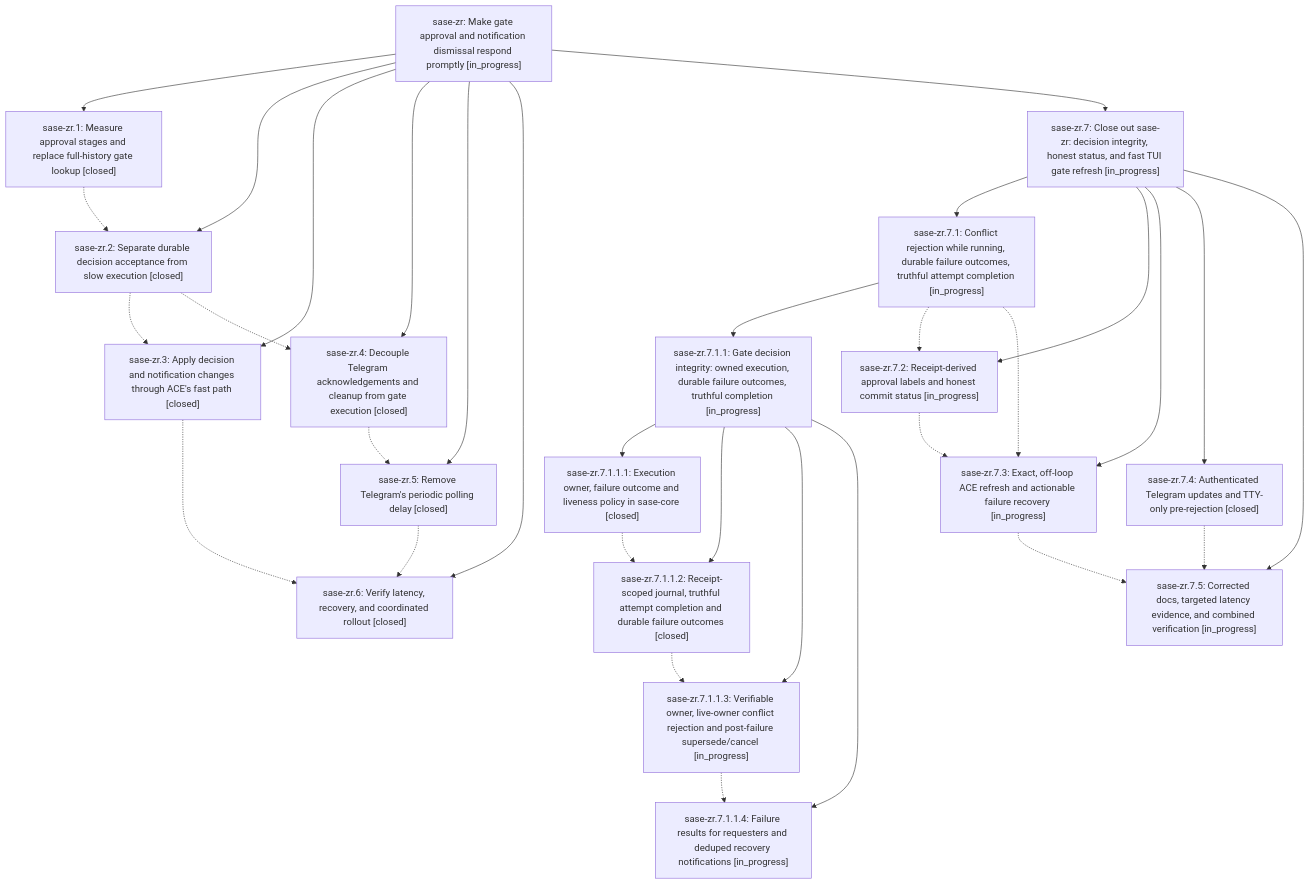
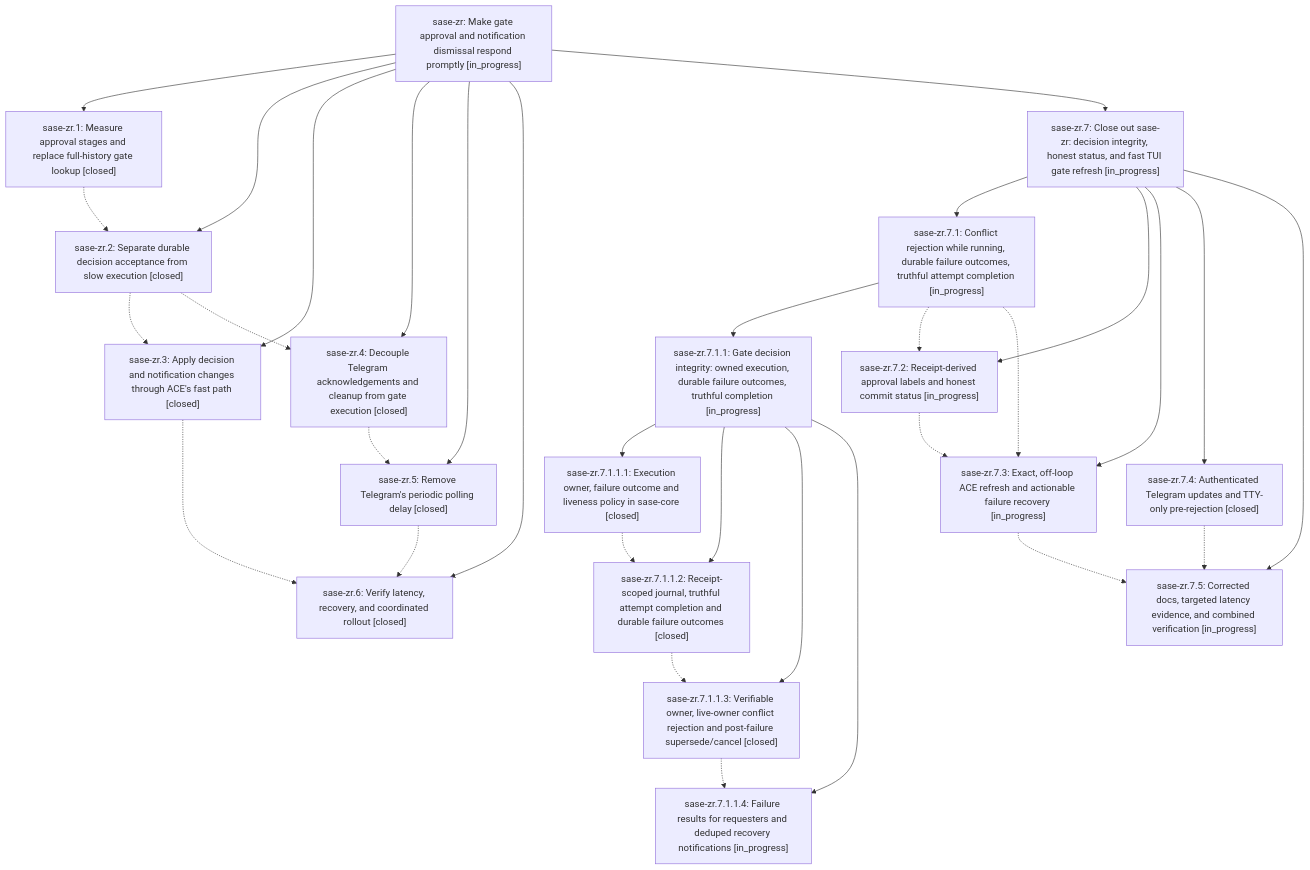
One commit to sase-org/sase--beads changed the diagram in pages/sase-zr/README.md. Above: the diagram before and after it, drawn with Mermaid. The commit also changed other lines of this file and 3 other files, not shown here.

````diff
--- a/pages/sase-zr/README.md
+++ b/pages/sase-zr/README.md
@@ -92,52 +92,52 @@
 ```mermaid
 flowchart TD
     n0["sase-zr: Make gate approval and notification dismissal respond promptly [in_progress]"]
     n1["sase-zr.1: Measure approval stages and replace full-history gate lookup [closed]"]
     n2["sase-zr.2: Separate durable decision acceptance from slow execution [closed]"]
     n3["sase-zr.3: Apply decision and notification changes through ACE's fast path [closed]"]
     n4["sase-zr.4: Decouple Telegram acknowledgements and cleanup from gate execution [closed]"]
     n5["sase-zr.5: Remove Telegram's periodic polling delay [closed]"]
     n6["sase-zr.6: Verify latency, recovery, and coordinated rollout [closed]"]
     n7["sase-zr.7: Close out sase-zr: decision integrity, honest status, and fast TUI gate refresh [in_progress]"]
     n8["sase-zr.7.1: Conflict rejection while running, durable failure outcomes, truthful attempt completion [in_progress]"]
     n9["sase-zr.7.1.1: Gate decision integrity: owned execution, durable failure outcomes, truthful completion [in_progress]"]
     n10["sase-zr.7.1.1.1: Execution owner, failure outcome and liveness policy in sase-core [closed]"]
     n11["sase-zr.7.1.1.2: Receipt-scoped journal, truthful attempt completion and durable failure outcomes [closed]"]
-    n12["sase-zr.7.1.1.3: Verifiable owner, live-owner conflict rejection and post-failure supersede/cancel [in_progress]"]
+    n12["sase-zr.7.1.1.3: Verifiable owner, live-owner conflict rejection and post-failure supersede/cancel [closed]"]
     n13["sase-zr.7.1.1.4: Failure results for requesters and deduped recovery notifications [in_progress]"]
     n14["sase-zr.7.2: Receipt-derived approval labels and honest commit status [in_progress]"]
     n15["sase-zr.7.3: Exact, off-loop ACE refresh and actionable failure recovery [in_progress]"]
     n16["sase-zr.7.4: Authenticated Telegram updates and TTY-only pre-rejection [closed]"]
     n17["sase-zr.7.5: Corrected docs, targeted latency evidence, and combined verification [in_progress]"]
     n0 --> n1
     n0 --> n2
     n0 --> n3
     n0 --> n4
     n0 --> n5
     n0 --> n6
     n0 --> n7
     n7 --> n8
     n8 --> n9
     n9 --> n10
     n9 --> n11
     n9 --> n12
     n9 --> n13
     n7 --> n14
     n7 --> n15
     n7 --> n16
     n7 --> n17
     n1 -.-> n2
     n2 -.-> n3
     n2 -.-> n4
     n3 -.-> n6
     n4 -.-> n5
     n5 -.-> n6
     n8 -.-> n14
     n8 -.-> n15
     n10 -.-> n11
     n11 -.-> n12
     n12 -.-> n13
     n14 -.-> n15
     n15 -.-> n17
     n16 -.-> n17
 ```
````
